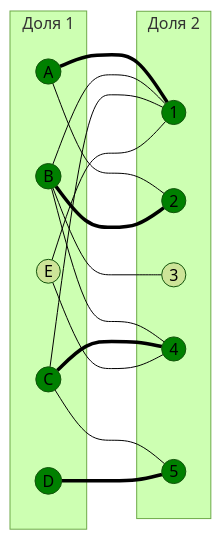
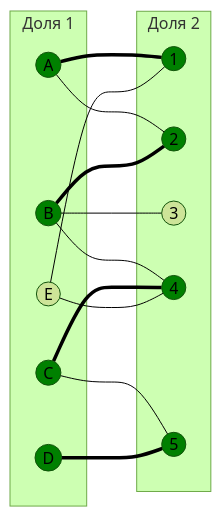
Diagram 11 of 14 in Задание 8/syndicate.md (algos-ris-24-3/manual-tasks), drawn with Mermaid (forest theme) before and after one commit. The commit also changed other lines of this file, not shown here.

````diff
--- a/Задание 8/syndicate.md
+++ b/Задание 8/syndicate.md
@@ -453,38 +451,36 @@
 ```mermaid
 graph LR
     subgraph "Доля 1"
         A((A))
         B((B))
         C((C))
         D((D))
         E((E))
     end
     subgraph "Доля 2"
         1((1))
         2((2))
         3((3))
         4((4))
         5((5))
     end
     A === 1
     A --- 2
-    B --- 1
     B === 2
     B --- 3
     B --- 4
-    C --- 1
     C === 4
     C --- 5
     D === 5
     E --- 1
     E --- 4
 
     style A fill:#008000
     style B fill:#008000
     style C fill:#008000
     style D fill:#008000
     style 1 fill:#008000
     style 2 fill:#008000
     style 4 fill:#008000
     style 5 fill:#008000
 ```
````
